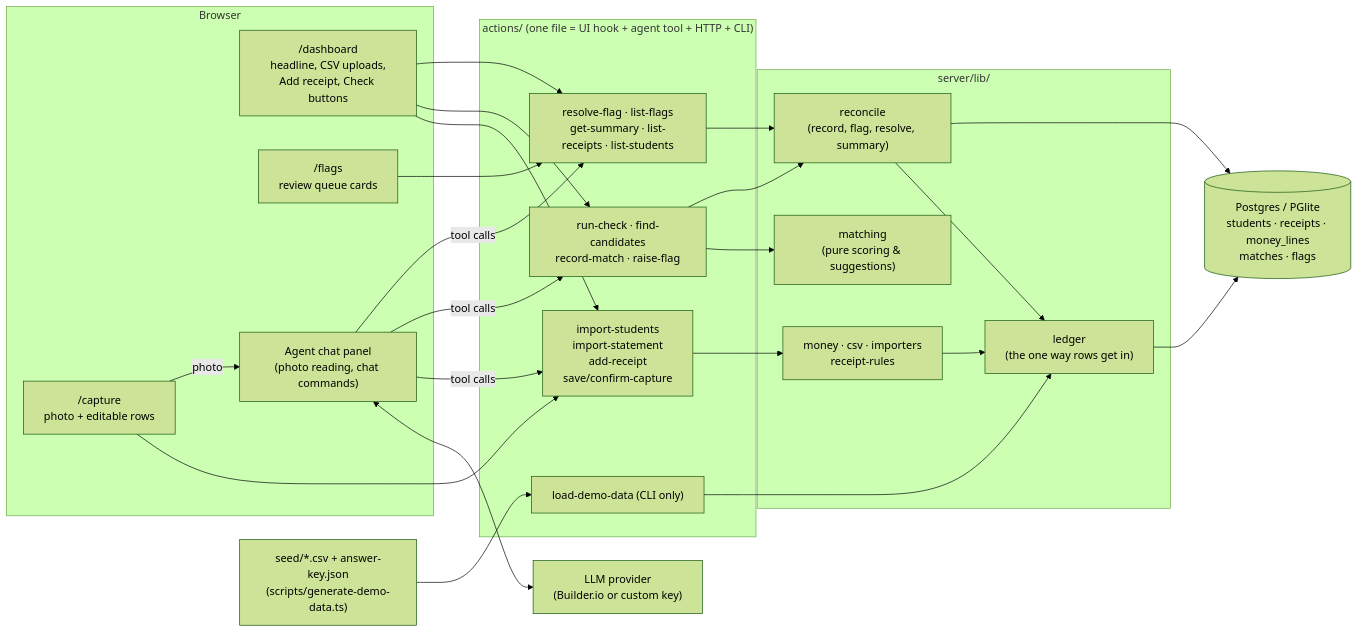
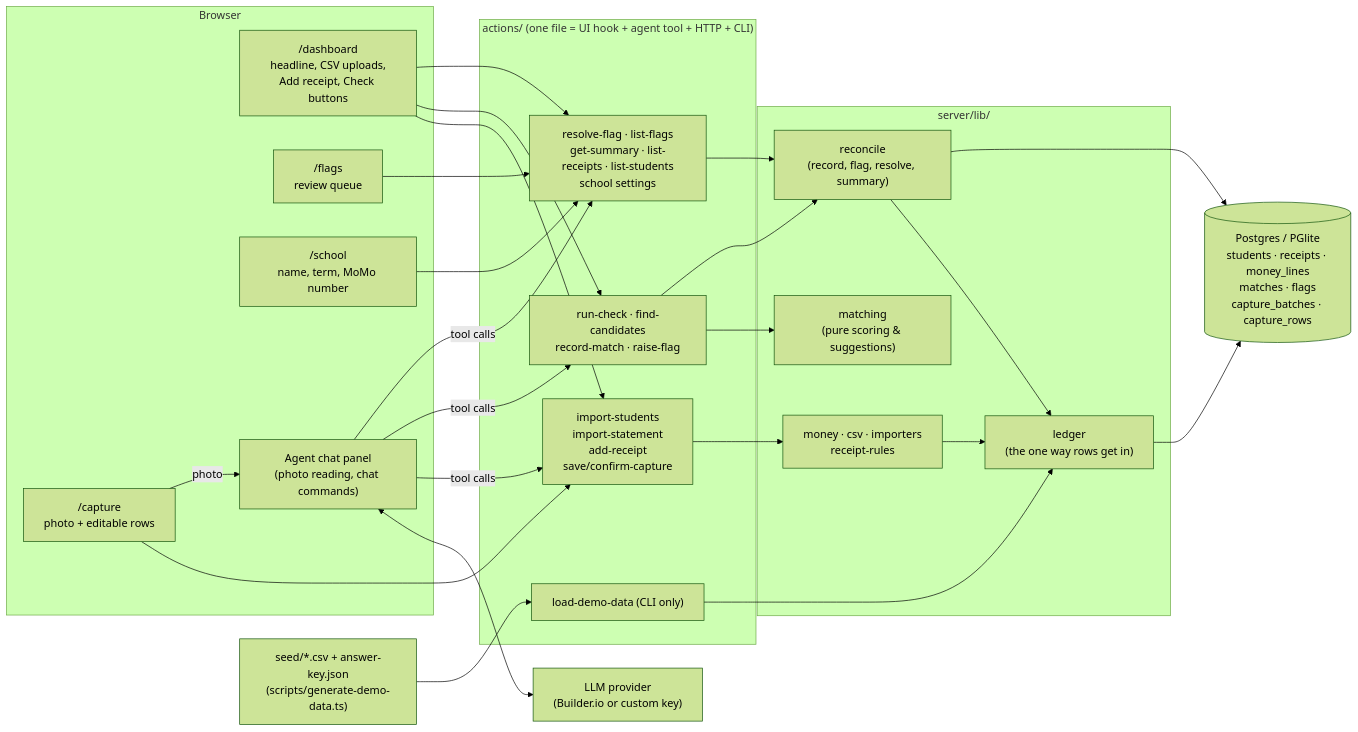
Before and after one commit to Ikwame91/FeeDesk: the diagram in docs/PROJECT_HISTORY.md, drawn with Mermaid (forest theme). The commit also changed other lines of this file and 38 other files, not shown here.

````diff
--- a/docs/PROJECT_HISTORY.md
+++ b/docs/PROJECT_HISTORY.md
@@ -47,40 +48,42 @@
 ```mermaid
 flowchart LR
   subgraph Browser
     D["/dashboard<br/>headline, CSV uploads,<br/>Add receipt, Check buttons"]
     P["/capture<br/>photo + editable rows"]
-    F["/flags<br/>review queue cards"]
+    F["/flags<br/>review queue"]
+    S["/school<br/>name, term, MoMo number"]
     C["Agent chat panel<br/>(photo reading, chat commands)"]
   end
 
   subgraph Actions["actions/ (one file = UI hook + agent tool + HTTP + CLI)"]
     A1["import-students<br/>import-statement<br/>add-receipt<br/>save/confirm-capture"]
     A2["run-check · find-candidates<br/>record-match · raise-flag"]
-    A3["resolve-flag · list-flags<br/>get-summary · list-receipts · list-students"]
+    A3["resolve-flag · list-flags<br/>get-summary · list-receipts · list-students<br/>school settings"]
     A4["load-demo-data (CLI only)"]
   end
 
   subgraph Lib["server/lib/"]
     L1["money · csv · importers<br/>receipt-rules"]
     L2["ledger<br/>(the one way rows get in)"]
     L3["matching<br/>(pure scoring & suggestions)"]
     L4["reconcile<br/>(record, flag, resolve, summary)"]
   end
 
-  DB[("Postgres / PGlite<br/>students · receipts · money_lines<br/>matches · flags")]
+  DB[("Postgres / PGlite<br/>students · receipts · money_lines<br/>matches · flags<br/>capture_batches · capture_rows")]
   LLM["LLM provider<br/>(Builder.io or custom key)"]
   SEED["seed/*.csv + answer-key.json<br/>(scripts/generate-demo-data.ts)"]
 
   D --> A1 & A2 & A3
   P --> A1
   P -->|photo| C
   F --> A3
+  S --> A3
   C <--> LLM
   C -->|tool calls| A1 & A2 & A3
   A1 --> L1 --> L2
   A2 --> L3 & L4
   A3 --> L4
   L4 --> L2
   L2 & L4 --> DB
   SEED --> A4 --> L2
 ```
````
